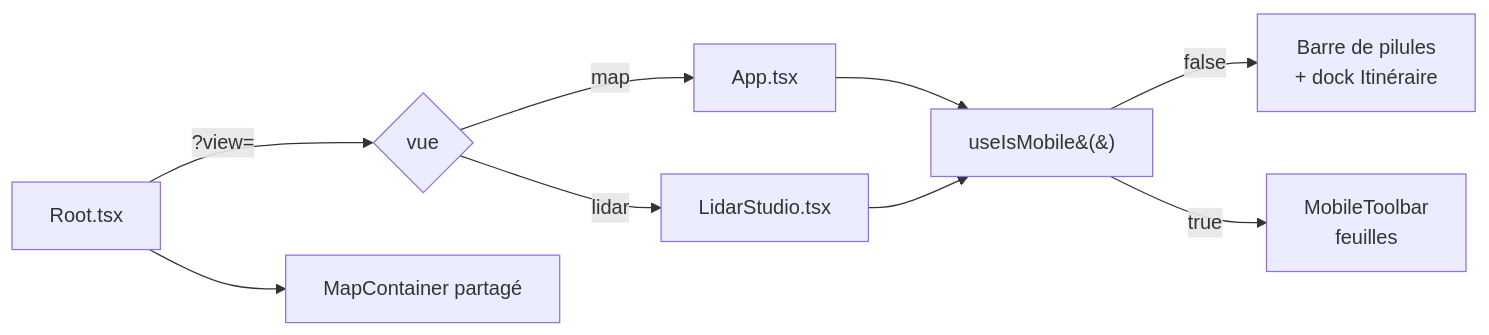
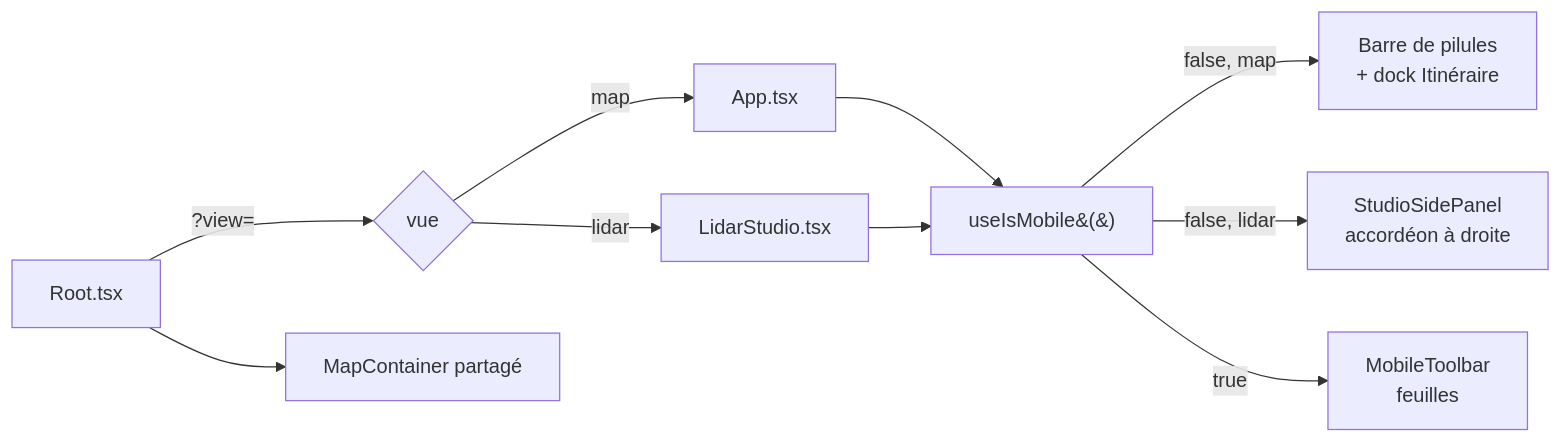
One commit to Plonk42/open-cairn changed the diagram in docs/UI_SHELL_AND_RESPONSIVE.md. Above: the diagram before and after it, drawn with Mermaid. The commit also changed other lines of this file and 21 other files, not shown here.

````diff
--- a/docs/UI_SHELL_AND_RESPONSIVE.md
+++ b/docs/UI_SHELL_AND_RESPONSIVE.md
@@ -393,11 +504,12 @@
 ```mermaid
 flowchart LR
     Root[Root.tsx] -->|?view=| Which{vue}
     Root --> Map[MapContainer partagé]
     Which -->|map| App[App.tsx]
     Which -->|lidar| Studio[LidarStudio.tsx]
     App --> Hook[useIsMobile&#40;&#41;]
     Studio --> Hook
-    Hook -->|false| Desktop[Barre de pilules<br/>+ dock Itinéraire]
+    Hook -->|false, map| Desktop[Barre de pilules<br/>+ dock Itinéraire]
+    Hook -->|false, lidar| Panel[StudioSidePanel<br/>accordéon à droite]
     Hook -->|true| Mobile[MobileToolbar<br/>feuilles]
 ```
````
